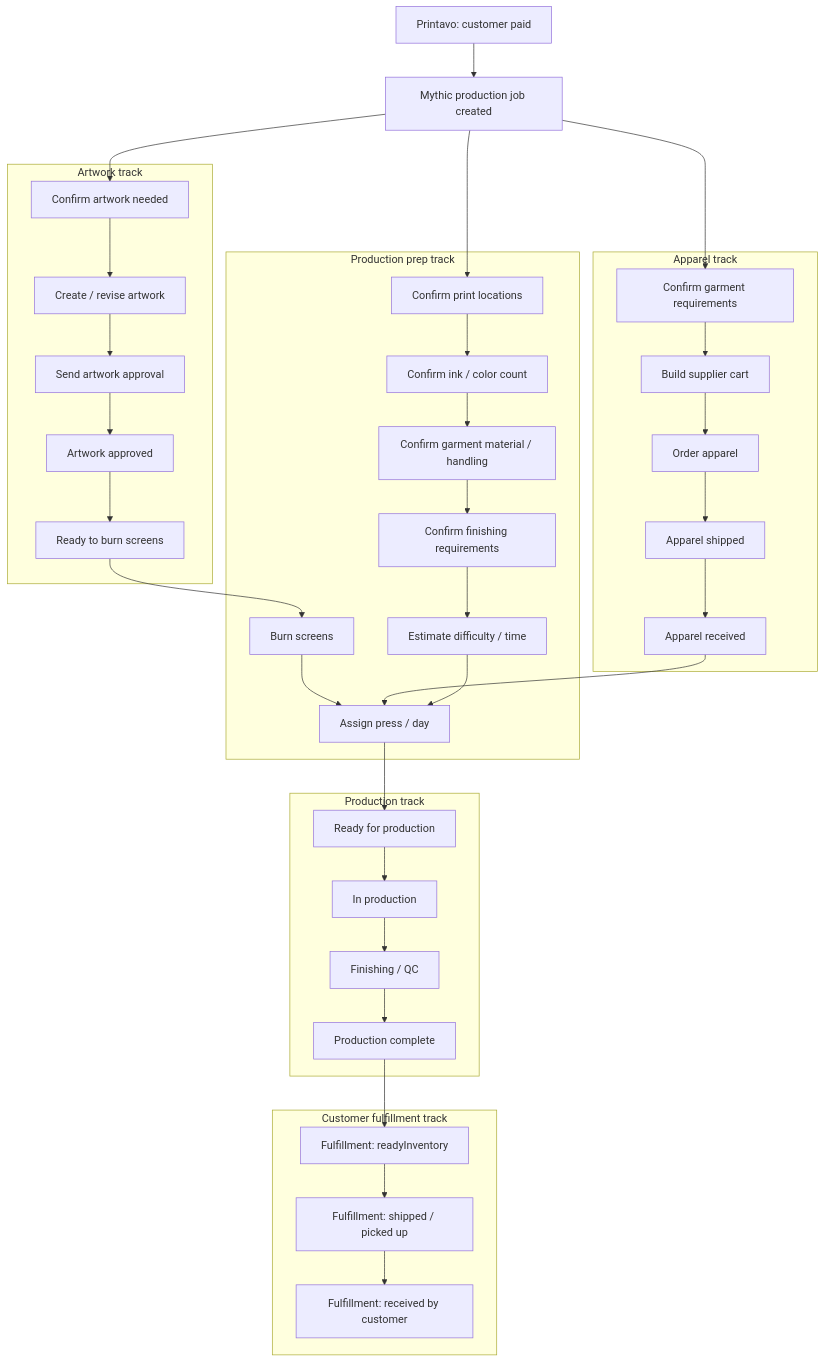
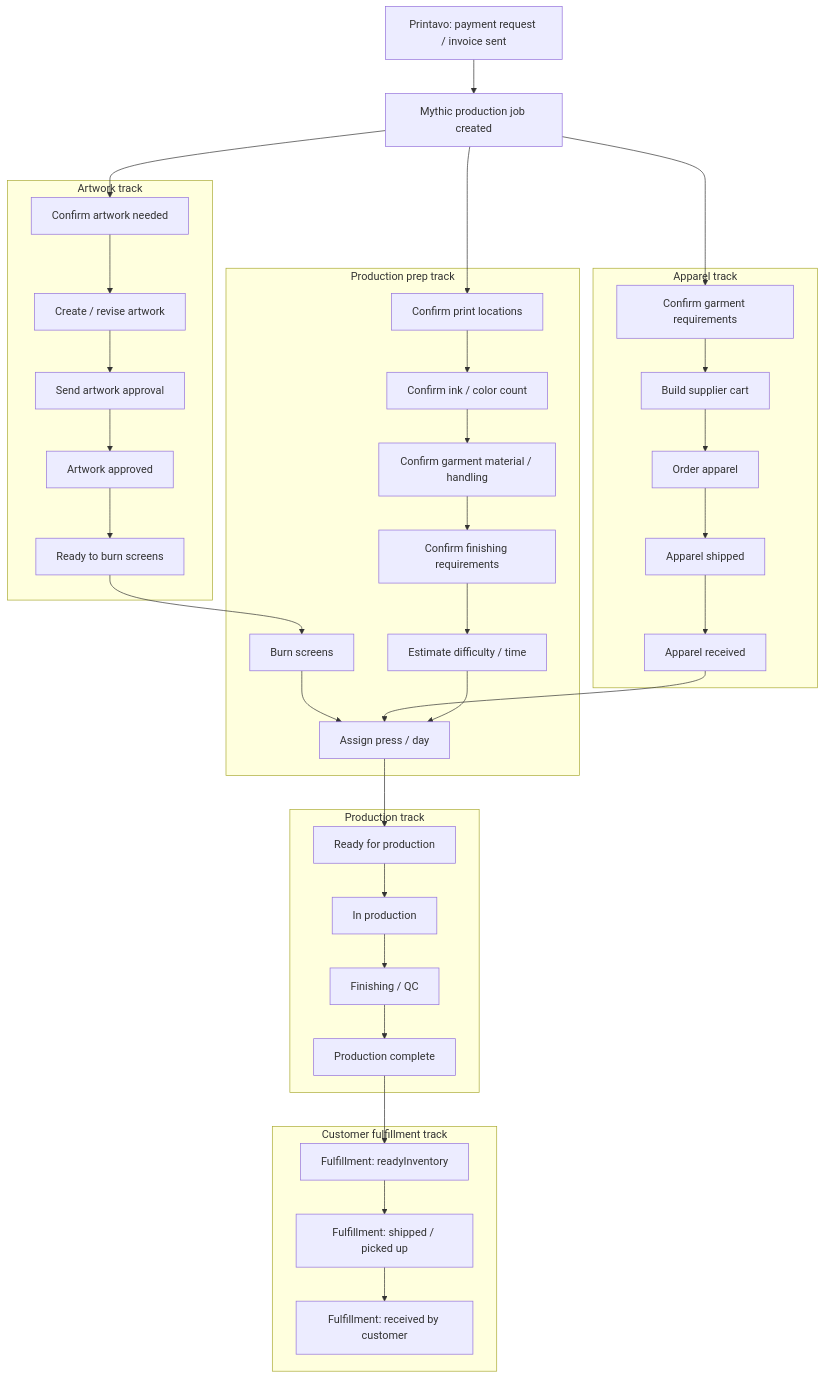
Before and after one commit to g-dylan-cunningham/mythic: the second of 3 diagrams in docs/business-docs/production-process-tree.md, drawn with Mermaid. The commit also changed 9 other files, not shown here.

````diff
--- a/docs/business-docs/production-process-tree.md
+++ b/docs/business-docs/production-process-tree.md
@@ -79,56 +79,56 @@
 ```mermaid
 flowchart TB
-  Start["Printavo: customer paid"]
+  Start["Printavo: payment request / invoice sent"]
   Job["Mythic production job created"]
 
   Start --> Job
 
   subgraph Art["Artwork track"]
     A1["Confirm artwork needed"]
     A2["Create / revise artwork"]
     A3["Send artwork approval"]
     A4["Artwork approved"]
     A5["Ready to burn screens"]
   end
 
   subgraph Apparel["Apparel track"]
     G1["Confirm garment requirements"]
     G2["Build supplier cart"]
     G3["Order apparel"]
     G4["Apparel shipped"]
     G5["Apparel received"]
   end
 
   subgraph Prep["Production prep track"]
     S1["Burn screens"]
     S2["Confirm print locations"]
     S3["Confirm ink / color count"]
     S4["Confirm garment material / handling"]
     S5["Confirm finishing requirements"]
     S6["Estimate difficulty / time"]
     S7["Assign press / day"]
   end
 
   subgraph Run["Production track"]
     R1["Ready for production"]
     R2["In production"]
     R3["Finishing / QC"]
     R4["Production complete"]
   end
 
   subgraph Fulfillment["Customer fulfillment track"]
     F1["Fulfillment: readyInventory"]
     F2["Fulfillment: shipped / picked up"]
     F3["Fulfillment: received by customer"]
   end
 
   Job --> A1 --> A2 --> A3 --> A4 --> A5
   Job --> G1 --> G2 --> G3 --> G4 --> G5
   A5 --> S1
   Job --> S2 --> S3 --> S4 --> S5 --> S6
   S1 --> S7
   G5 --> S7
   S6 --> S7
   S7 --> R1 --> R2 --> R3 --> R4
   R4 --> F1 --> F2 --> F3
 ```
````
